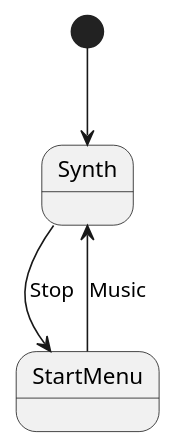
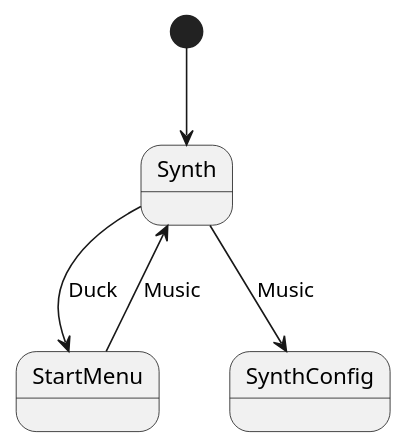
Before and after one commit to aortez/dirtsim: the second of 2 diagrams in apps/src/ui/docs/src/screens/synth.md, drawn with PlantUML. The commit also changed other lines of this file and 16 other files, not shown here.

Commit message:
Add synth config state and duck rail icon

````diff
--- a/apps/src/ui/docs/src/screens/synth.md
+++ b/apps/src/ui/docs/src/screens/synth.md
@@ -28,8 +28,9 @@
 ```plantuml
 @startuml
 [*] --> Synth
 
 StartMenu --> Synth : Music
-Synth --> StartMenu : Stop
+Synth --> SynthConfig : Music
+Synth --> StartMenu : Duck
 @enduml
 ```
````
